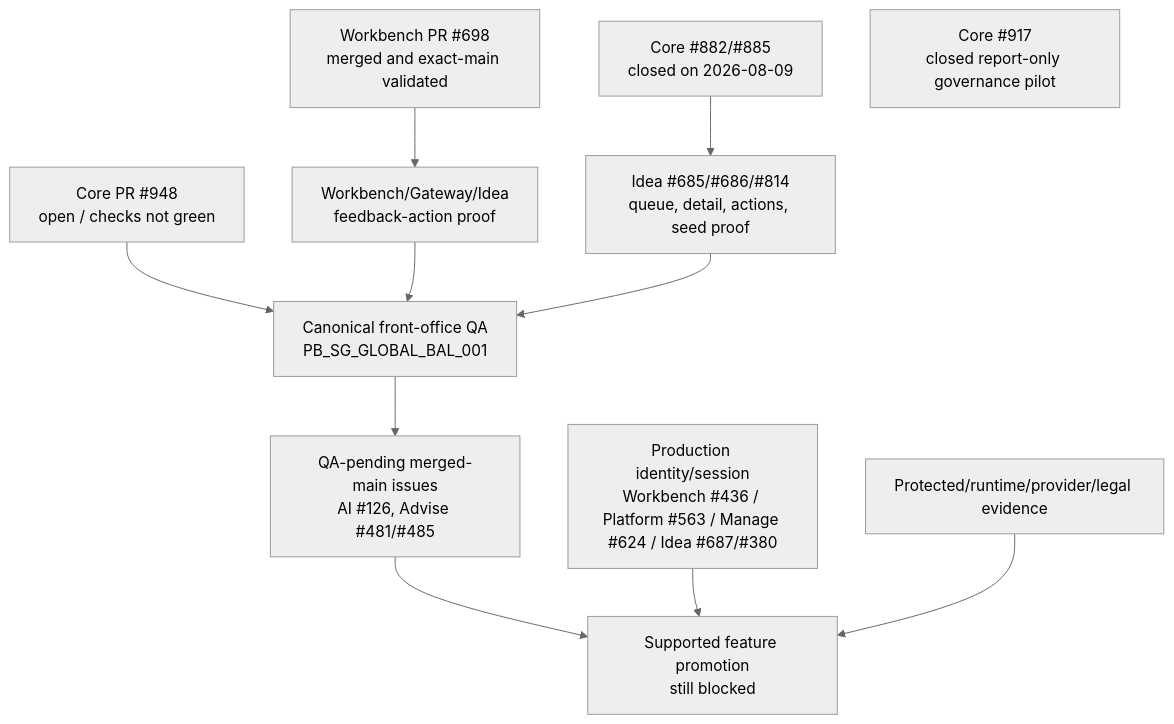
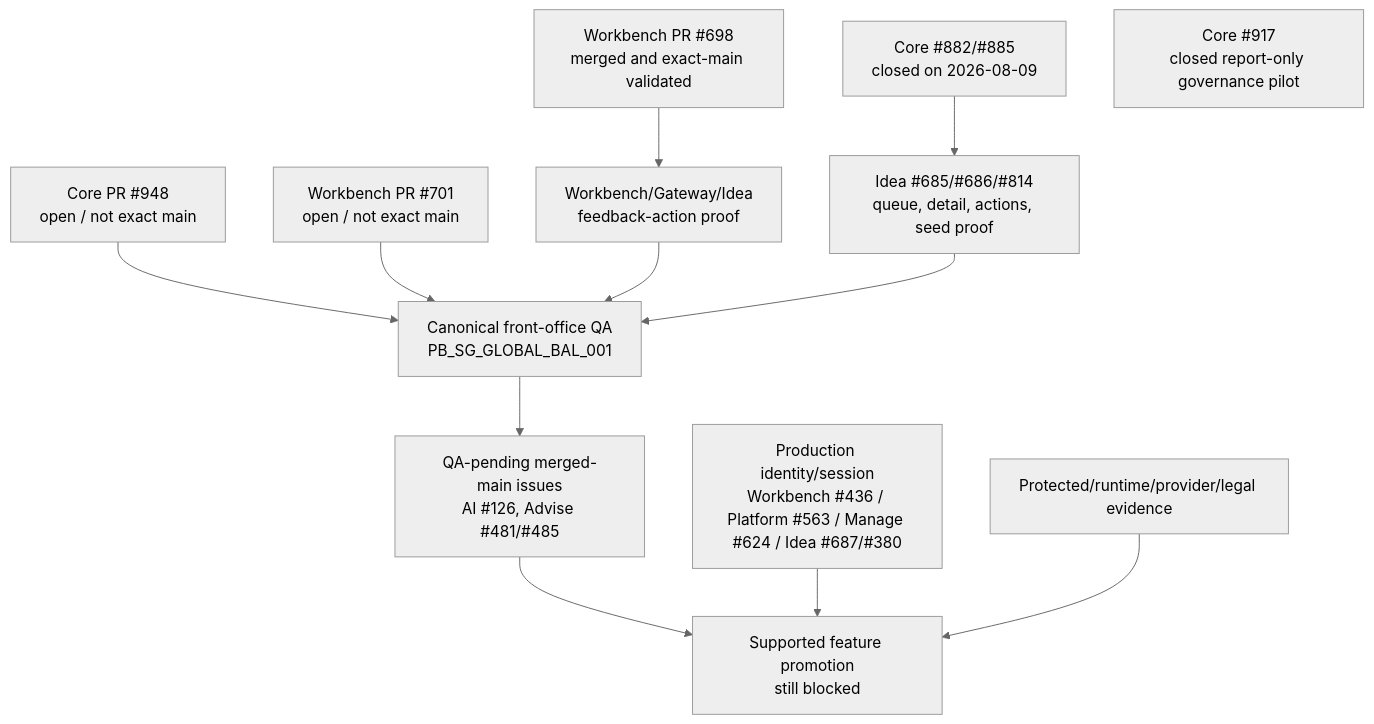
Before and after one commit to sgajbi/lotus-idea: the second of 2 diagrams in wiki/RFC-0002-Execution-Status.md, drawn with Mermaid (neutral theme). The commit also changed other lines of this file and 3 other files, not shown here.

````diff
--- a/wiki/RFC-0002-Execution-Status.md
+++ b/wiki/RFC-0002-Execution-Status.md
@@ -91,24 +91,26 @@
 ```mermaid
 flowchart TD
     CoreClosed["Core #882/#885<br/>closed on 2026-08-09"]
-    Core948["Core PR #948<br/>open / checks not green"]
+    Core948["Core PR #948<br/>open / not exact main"]
+    Workbench701["Workbench PR #701<br/>open / not exact main"]
     Workbench698["Workbench PR #698<br/>merged and exact-main validated"]
     Feedback["Workbench/Gateway/Idea<br/>feedback-action proof"]
     CanonicalQA["Canonical front-office QA<br/>PB_SG_GLOBAL_BAL_001"]
     IdeaProof["Idea #685/#686/#814<br/>queue, detail, actions, seed proof"]
     Core917["Core #917<br/>closed report-only governance pilot"]
     QAPending["QA-pending merged-main issues<br/>AI #126, Advise #481/#485"]
     Support["Supported feature promotion<br/>still blocked"]
     Identity["Production identity/session<br/>Workbench #436 / Platform #563 / Manage #624 / Idea #687/#380"]
     Protected["Protected/runtime/provider/legal evidence"]
 
     CoreClosed --> IdeaProof
     Core948 --> CanonicalQA
+    Workbench701 --> CanonicalQA
     Workbench698 --> Feedback
     Feedback --> CanonicalQA
     IdeaProof --> CanonicalQA
     CanonicalQA --> QAPending
     QAPending --> Support
     Identity --> Support
     Protected --> Support
 ```
````
